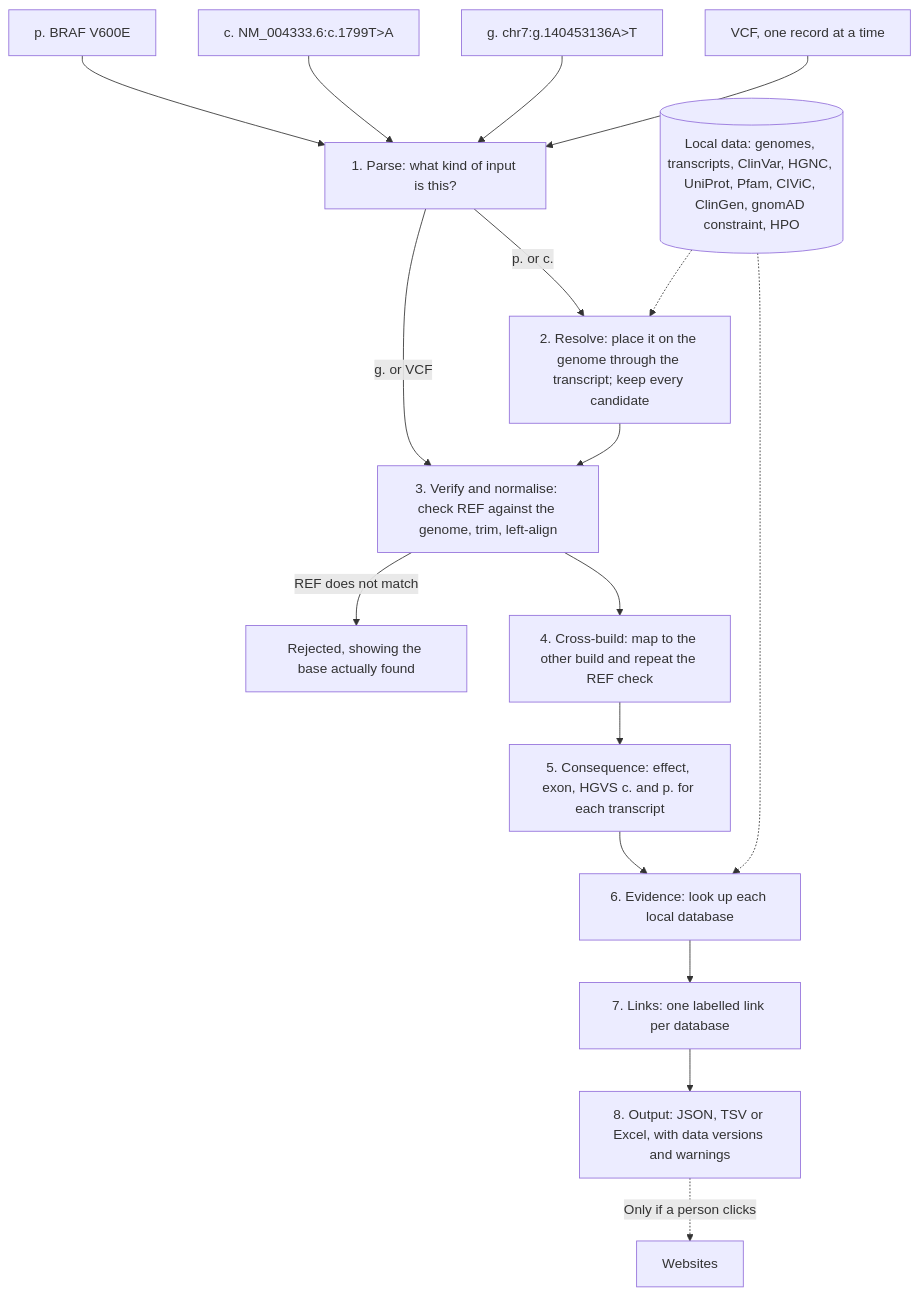
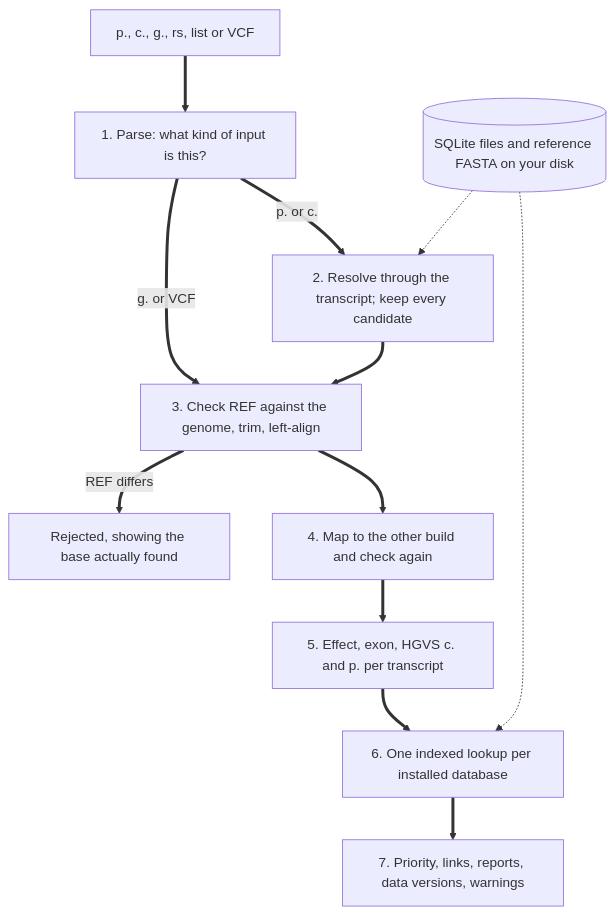
One commit to prabirsh/VarShift changed the diagram in README.md. Above: the diagram before and after it, drawn with Mermaid. The commit also changed other lines of this file and 76 other files, not shown here.

````diff
--- a/README.md
+++ b/README.md
@@ -113,21 +91,14 @@
 ```mermaid
 flowchart TD
-    P["p. BRAF V600E"] --> PARSE
-    C["c. NM_004333.6:c.1799T>A"] --> PARSE
-    G["g. chr7:g.140453136A>T"] --> PARSE
-    V["VCF, one record at a time"] --> PARSE
-
-    PARSE["1. Parse: what kind of input is this?"] -->|"p. or c."| RESOLVE["2. Resolve: place it on the genome through the transcript; keep every candidate"]
-    PARSE -->|"g. or VCF"| VERIFY
-    RESOLVE --> VERIFY["3. Verify and normalise: check REF against the genome, trim, left-align"]
-    VERIFY -->|"REF does not match"| REJECT["Rejected, showing the base actually found"]
-    VERIFY --> LIFT["4. Cross-build: map to the other build and repeat the REF check"]
-    LIFT --> EFFECT["5. Consequence: effect, exon, HGVS c. and p. for each transcript"]
-    EFFECT --> EVIDENCE["6. Evidence: look up each local database"]
-    EVIDENCE --> LINKS["7. Links: one labelled link per database"]
-    LINKS --> OUT["8. Output: JSON, TSV or Excel, with data versions and warnings"]
-
-    DB[("Local data: genomes, transcripts, ClinVar, HGNC, UniProt, Pfam, CIViC, ClinGen, gnomAD constraint, HPO")] -.-> RESOLVE
+    IN["p., c., g., rs, list or VCF"] ==> PARSE["1. Parse: what kind of input is this?"]
+    PARSE ==>|"p. or c."| RESOLVE["2. Resolve through the transcript; keep every candidate"]
+    PARSE ==>|"g. or VCF"| VERIFY
+    RESOLVE ==> VERIFY["3. Check REF against the genome, trim, left-align"]
+    VERIFY ==>|"REF differs"| REJECT["Rejected, showing the base actually found"]
+    VERIFY ==> LIFT["4. Map to the other build and check again"]
+    LIFT ==> EFFECT["5. Effect, exon, HGVS c. and p. per transcript"]
+    EFFECT ==> EVIDENCE["6. One indexed lookup per installed database"]
+    EVIDENCE ==> OUT["7. Priority, links, reports, data versions, warnings"]
+    DB[("SQLite files and reference FASTA on your disk")] -.-> RESOLVE
     DB -.-> EVIDENCE
-    OUT -.->|"Only if a person clicks"| WEB["Websites"]
 ```
````
